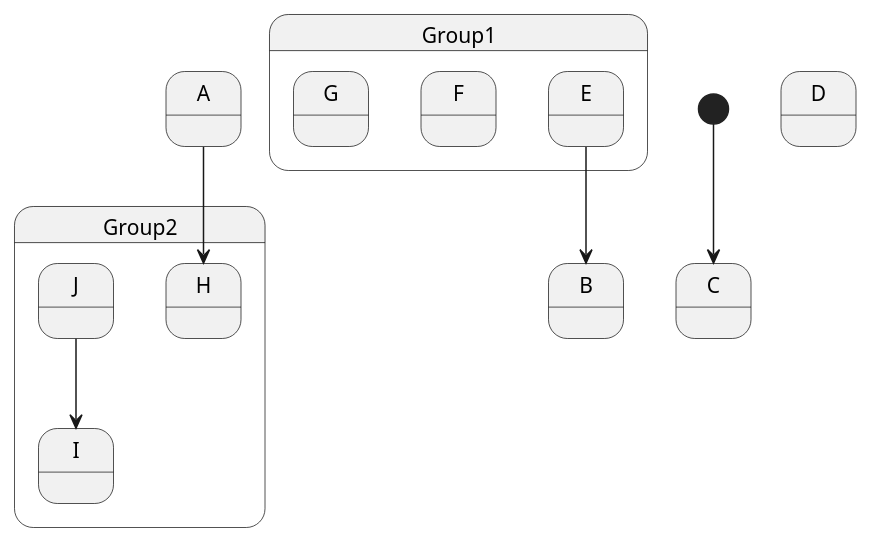
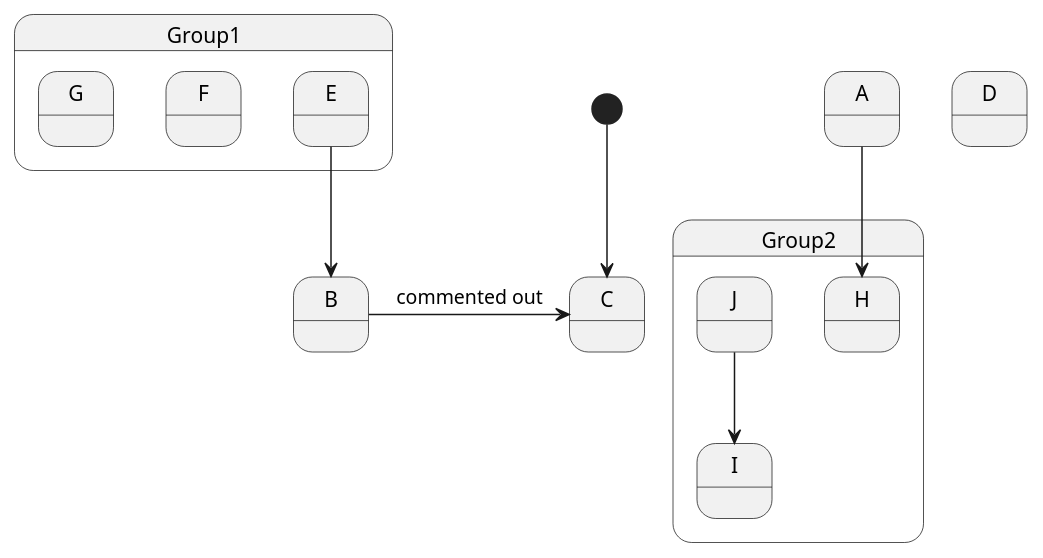
Before and after one commit to Fantazzj/PlantUML-StateDiagram-to-cpp: the diagram in diagram-test/groups.puml, drawn with PlantUML.

Commit message:
multiline comments not yet supported

```diff
--- a/diagram-test/groups.puml
+++ b/diagram-test/groups.puml
@@ -1,29 +1,27 @@
 @startuml
 
 state A
 state B
 state C
 state D
 
 state Group1 {
 state E
 state F
 state G
 }
 
 State Group2 {
 state H
 state I
 state J
 }
 
 [*] --> C
 A --> H
 J --> I
 E --> B
 
-/'
 B->C : commented out
-'/
 
 @enduml
```
